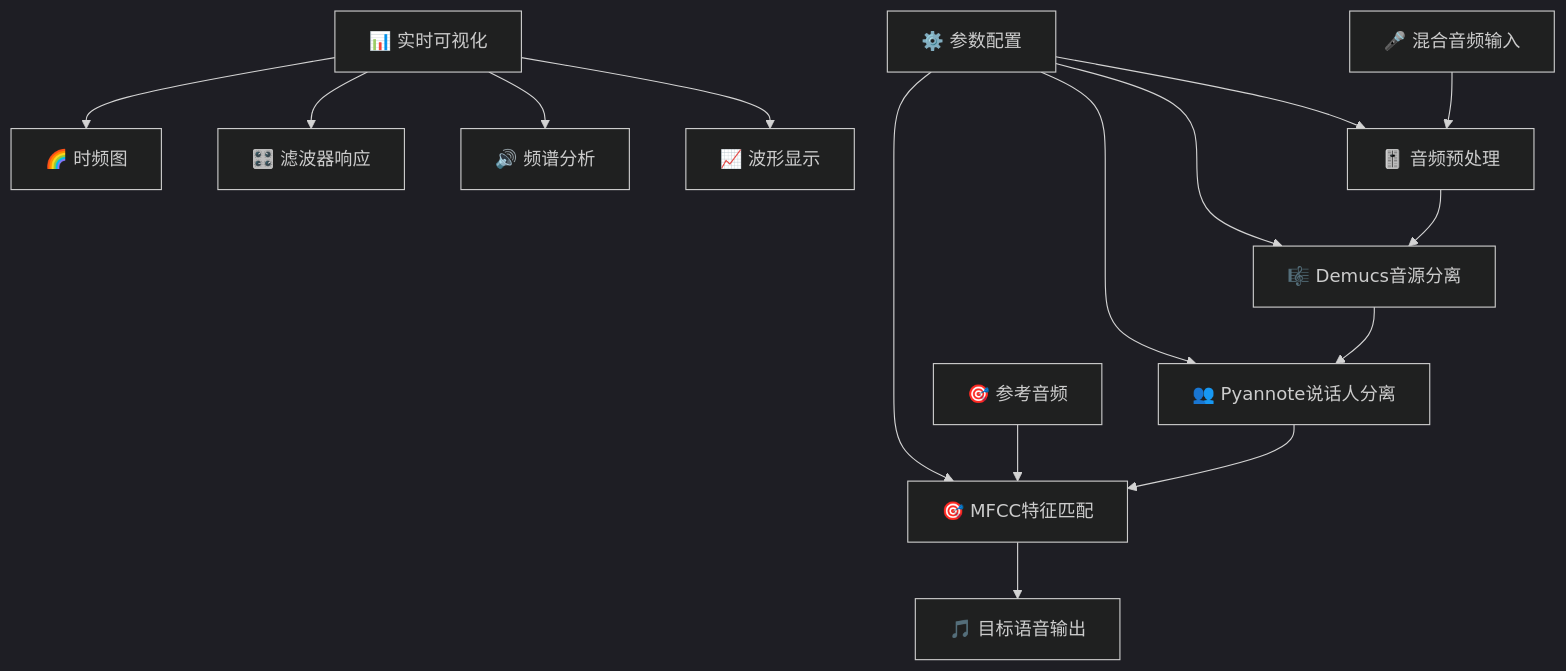
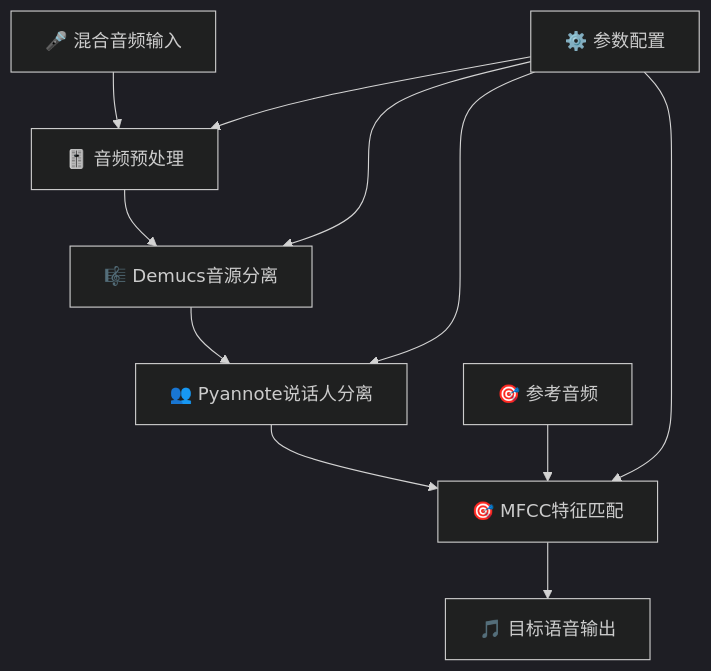
Before and after one commit to dream0720/voice: the first of 2 diagrams in README.md, drawn with Mermaid (dark theme). The commit also changed other lines of this file and 11 other files, not shown here.

````diff
--- a/README.md
+++ b/README.md
@@ -149,19 +146,15 @@
 ```mermaid
 graph TD
     A[🎤 混合音频输入] --> B[🎚️ 音频预处理]
     B --> C[🎼 Demucs音源分离]
     C --> D[👥 Pyannote说话人分离]
     D --> E[🎯 MFCC特征匹配]
     E --> F[🎵 目标语音输出]
 
-    G[📊 实时可视化] --> H[📈 波形显示]
-    G --> I[🔊 频谱分析]
-    G --> J[🎛️ 滤波器响应]
-    G --> K[🌈 时频图]
 
     L[🎯 参考音频] --> E
     M[⚙️ 参数配置] --> B
     M --> C
     M --> D
     M --> E
 ```
````
